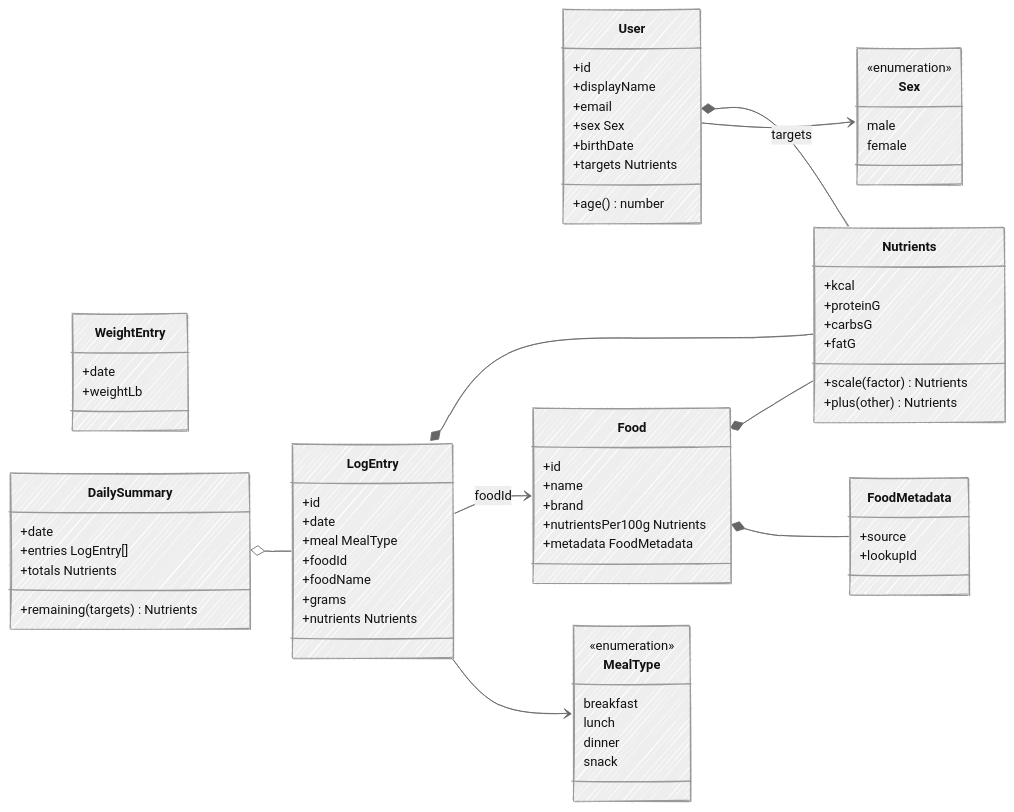
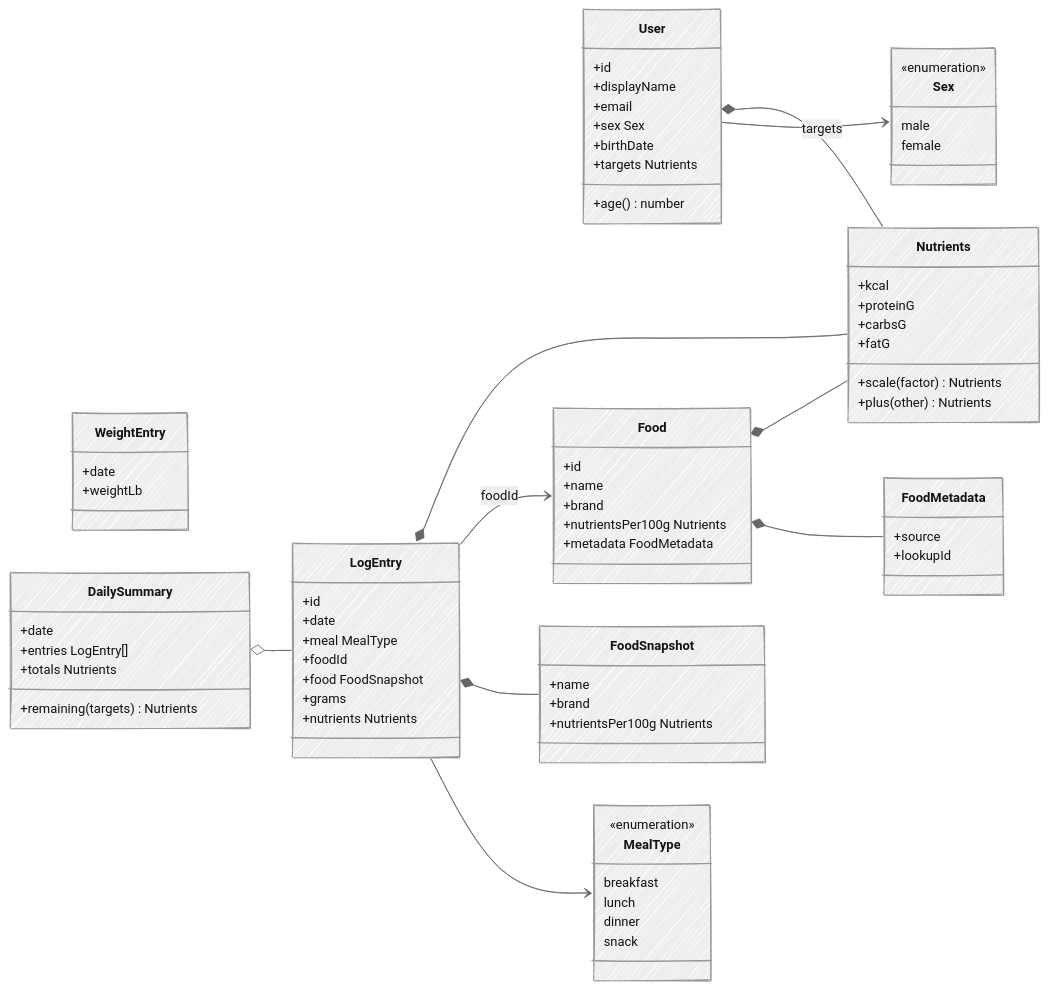
One commit to ai-rayven/wellness-ai changed the third of 4 diagrams in docs/mvp.md. Above: the diagram before and after it, drawn with Mermaid. The commit also changed other lines of this file and 1 other file, not shown here.

Commit message:
Snapshot food details on each log entry
Edits recalculate from the snapshot, so later changes to foods/{id} never alter past entries.

Claude-Session: https://claude.ai/code/session_01AUCUZHMS43Mgvj16L2G2sR

```diff
--- a/docs/mvp.md
+++ b/docs/mvp.md
@@ -163,12 +163,17 @@
         +source
         +lookupId
     }
+    class FoodSnapshot {
+        +name
+        +brand
+        +nutrientsPer100g Nutrients
+    }
     class LogEntry {
         +id
         +date
         +meal MealType
         +foodId
-        +foodName
+        +food FoodSnapshot
         +grams
         +nutrients Nutrients
     }
@@ -208,6 +213,7 @@
     Food *-- Nutrients
     LogEntry *-- Nutrients
     LogEntry --> Food : foodId
+    LogEntry *-- FoodSnapshot
     LogEntry --> MealType
     Food *-- FoodMetadata
     DailySummary o-- LogEntry
```
